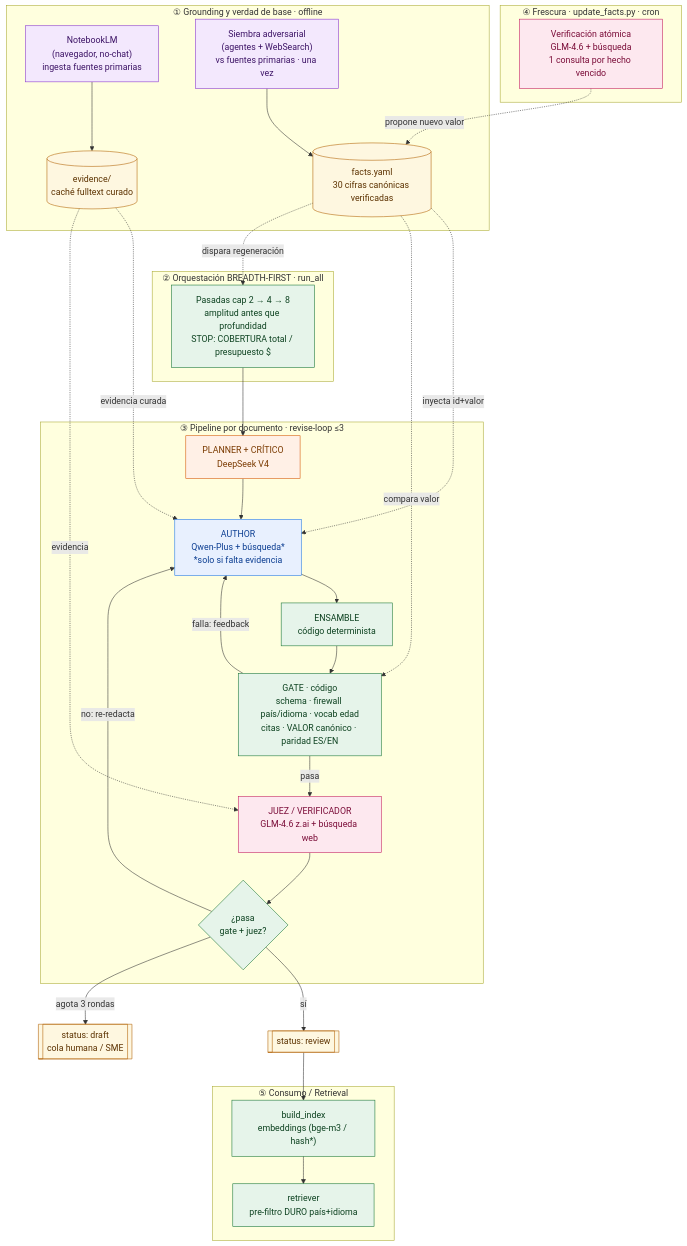
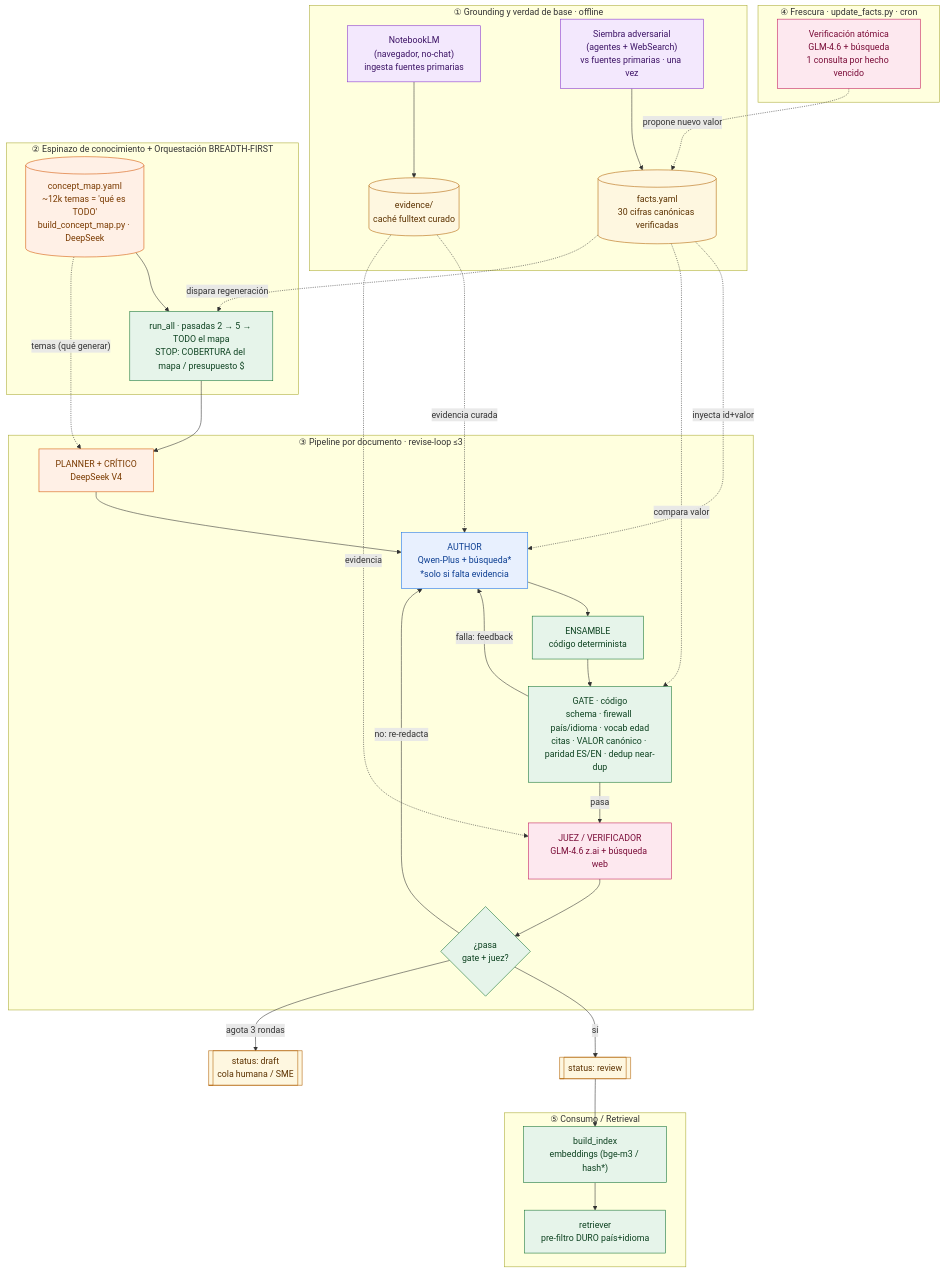
The diagram in littlefounders_brain/rag-llm-brain/ARCHITECTURE_V3.md (jesusvasquezjr3-littlefounders/LITTLEFOUNDERS-AI), drawn with Mermaid before and after one commit. The commit also changed other lines of this file and 7 other files, not shown here.

First line of the commit message:
feat(rag-llm-brain): capa de cobertura ENCICLOPEDIA — concept map (espinazo) + cobertura medible + dedup

````diff
--- a/littlefounders_brain/rag-llm-brain/ARCHITECTURE_V3.md
+++ b/littlefounders_brain/rag-llm-brain/ARCHITECTURE_V3.md
@@ -50,58 +50,61 @@
 ```mermaid
 flowchart TD
     classDef qwen fill:#e8f0fe,stroke:#1a73e8,color:#0b3d91;
     classDef glm fill:#fde8ef,stroke:#c2185b,color:#7a0c38;
     classDef code fill:#e6f4ea,stroke:#137333,color:#0d4220;
     classDef data fill:#fef7e0,stroke:#b06000,color:#5c3200;
     classDef ext fill:#f3e8fd,stroke:#8430ce,color:#3d1466;
     classDef deepseek fill:#fff0e6,stroke:#d35400,color:#7a3a00;
 
     subgraph G["① Grounding y verdad de base · offline"]
         NB["NotebookLM<br/>(navegador, no-chat)<br/>ingesta fuentes primarias"]:::ext
         EV[("evidence/<br/>caché fulltext curado")]:::data
         SEED["Siembra adversarial<br/>(agentes + WebSearch)<br/>vs fuentes primarias · una vez"]:::ext
         FACTS[("facts.yaml<br/>30 cifras canónicas verificadas")]:::data
         NB --> EV
         SEED --> FACTS
     end
 
-    subgraph O["② Orquestación BREADTH-FIRST · run_all"]
-        PASS["Pasadas cap 2 → 4 → 8<br/>amplitud antes que profundidad<br/>STOP: COBERTURA total / presupuesto $"]:::code
+    subgraph O["② Espinazo de conocimiento + Orquestación BREADTH-FIRST"]
+        CMAP[("concept_map.yaml<br/>~12k temas = 'qué es TODO'<br/>build_concept_map.py · DeepSeek")]:::deepseek
+        PASS["run_all · pasadas 2 → 5 → TODO el mapa<br/>STOP: COBERTURA del mapa / presupuesto $"]:::code
+        CMAP --> PASS
     end
 
     subgraph DOC["③ Pipeline por documento · revise-loop ≤3"]
         PL["PLANNER + CRÍTICO<br/>DeepSeek V4"]:::deepseek
         AU["AUTHOR<br/>Qwen-Plus + búsqueda*<br/>*solo si falta evidencia"]:::qwen
         AS["ENSAMBLE<br/>código determinista"]:::code
-        GT["GATE · código<br/>schema · firewall país/idioma · vocab edad<br/>citas · VALOR canónico · paridad ES/EN"]:::code
+        GT["GATE · código<br/>schema · firewall país/idioma · vocab edad<br/>citas · VALOR canónico · paridad ES/EN · dedup near-dup"]:::code
         JU["JUEZ / VERIFICADOR<br/>GLM-4.6 z.ai + búsqueda web"]:::glm
         DEC{"¿pasa<br/>gate + juez?"}:::code
     end
 
     RV[["status: review"]]:::data
     DR[["status: draft<br/>cola humana / SME"]]:::data
 
     subgraph FR["④ Frescura · update_facts.py · cron"]
         UF["Verificación atómica<br/>GLM-4.6 + búsqueda<br/>1 consulta por hecho vencido"]:::glm
     end
 
     subgraph CO["⑤ Consumo / Retrieval"]
         IDX["build_index<br/>embeddings (bge-m3 / hash*)"]:::code
         RET["retriever<br/>pre-filtro DURO país+idioma"]:::code
     end
 
     PASS --> PL --> AU --> AS --> GT
+    CMAP -. temas (qué generar) .-> PL
     FACTS -. inyecta id+valor .-> AU
     EV -. evidencia curada .-> AU
     FACTS -. compara valor .-> GT
     GT -->|falla: feedback| AU
     GT -->|pasa| JU
     EV -. evidencia .-> JU
     JU --> DEC
     DEC -->|sí| RV
     DEC -->|no: re-redacta| AU
     DEC -->|agota 3 rondas| DR
     RV --> IDX --> RET
     UF -. propone nuevo valor .-> FACTS
     FACTS -. dispara regeneración .-> PASS
 ```
````
